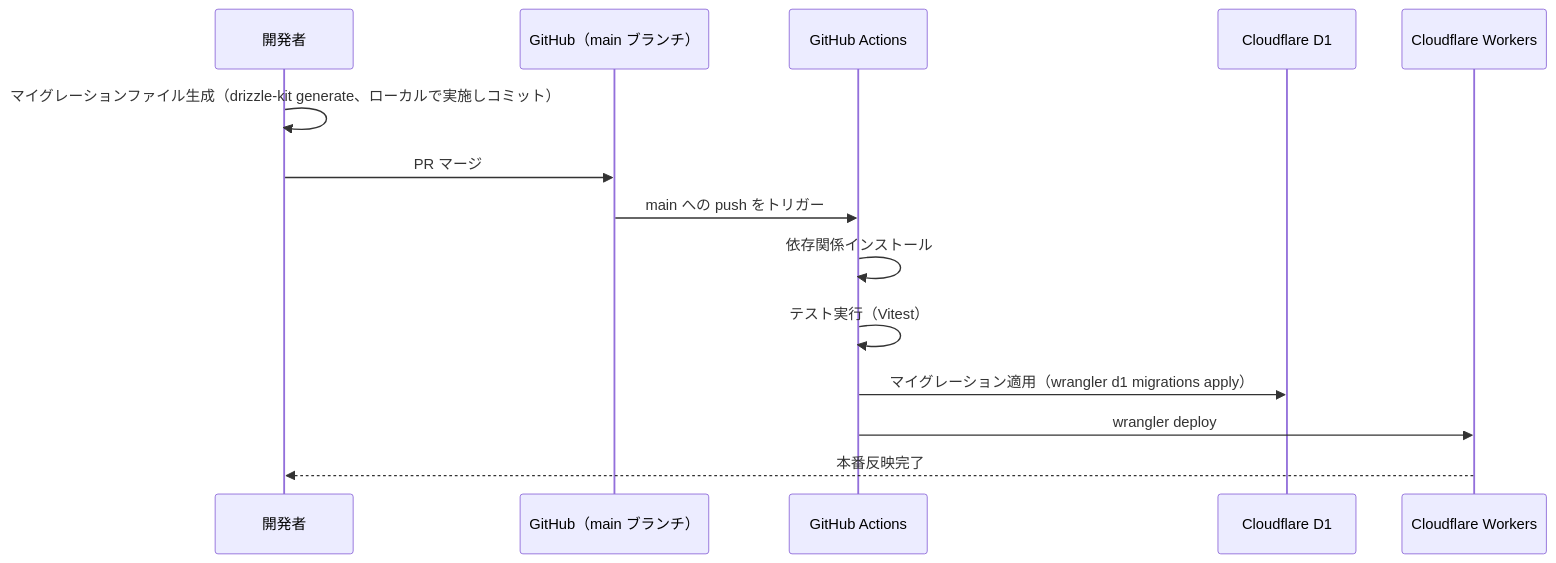
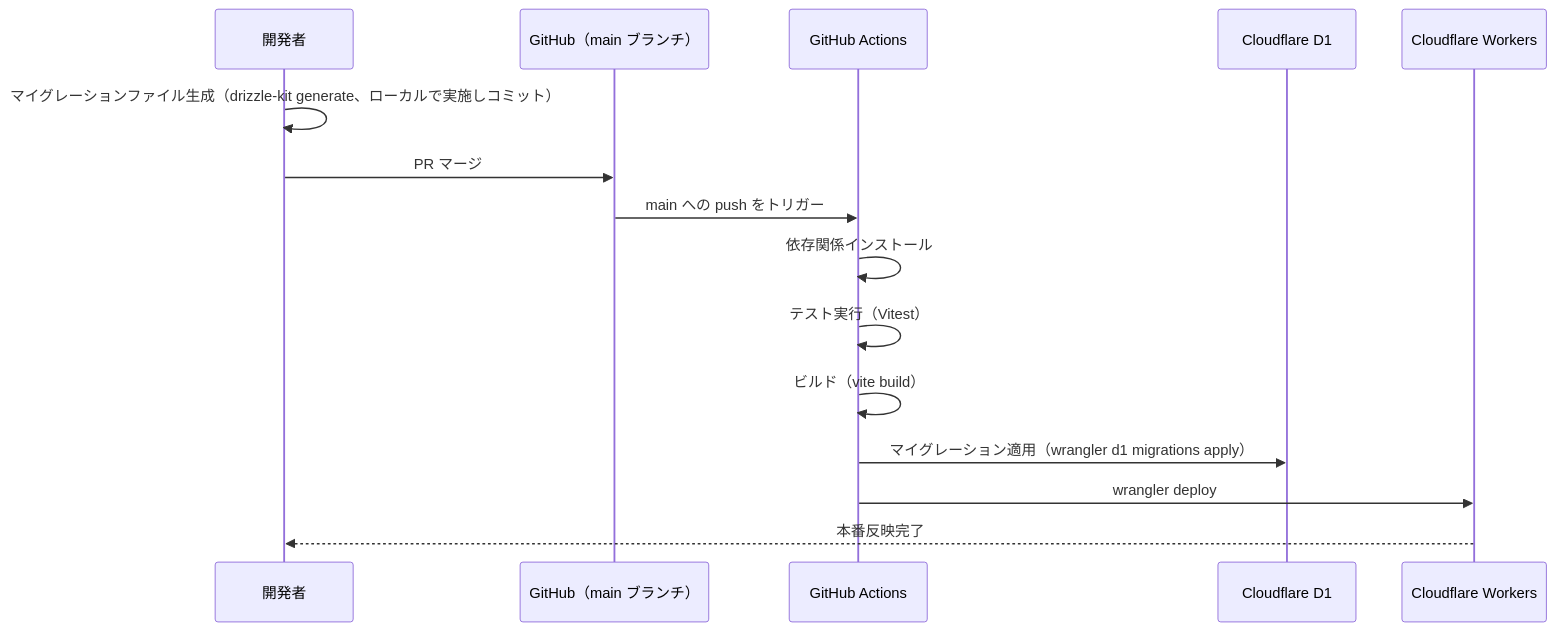
The third of 3 diagrams in docs/Design/Basic/architecture.md (akitouchiyama/GainLog), drawn with Mermaid before and after one commit. The commit also changed other lines of this file and 3 other files, not shown here.

````diff
--- a/docs/Design/Basic/architecture.md
+++ b/docs/Design/Basic/architecture.md
@@ -67,17 +67,18 @@
 ```mermaid
 sequenceDiagram
     participant Dev as 開発者
     participant GH as GitHub（main ブランチ）
     participant CI as GitHub Actions
     participant D1 as Cloudflare D1
     participant CF as Cloudflare Workers
 
     Dev->>Dev: マイグレーションファイル生成（drizzle-kit generate、ローカルで実施しコミット）
     Dev->>GH: PR マージ
     GH->>CI: main への push をトリガー
     CI->>CI: 依存関係インストール
     CI->>CI: テスト実行（Vitest）
+    CI->>CI: ビルド（vite build）
     CI->>D1: マイグレーション適用（wrangler d1 migrations apply）
     CI->>CF: wrangler deploy
     CF-->>Dev: 本番反映完了
 ```
````
